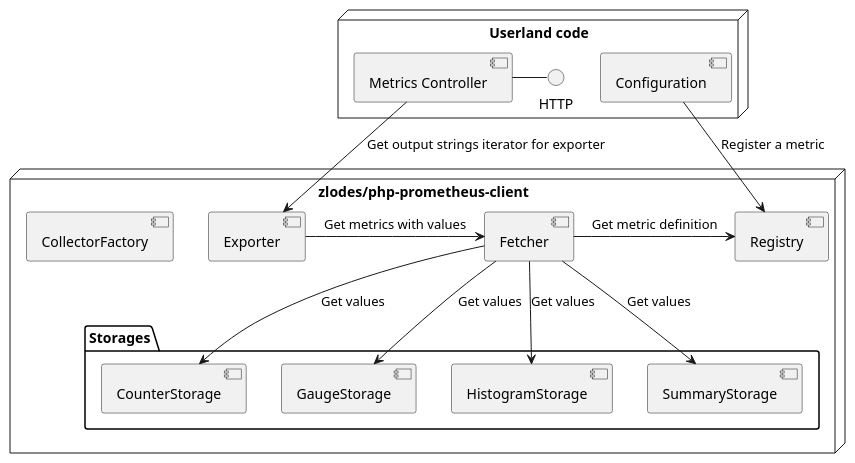
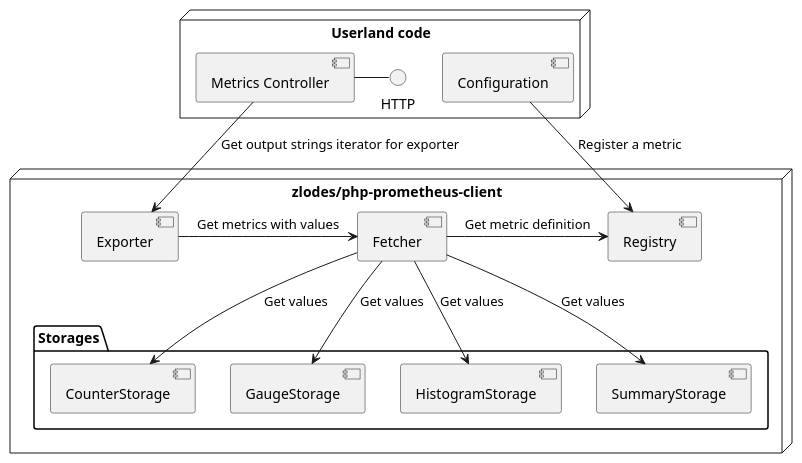
One commit to zlodes/php-prometheus-client changed the diagram in docs/export.puml. Above: the diagram before and after it, drawn with PlantUML. The commit also changed 3 other files, not shown here.

Commit message:
docs(readme): Complete readme flow

```diff
--- a/docs/export.puml
+++ b/docs/export.puml
@@ -1,34 +1,33 @@
 @startuml
 'https://plantuml.com/component-diagram
 
 node "Userland code" {
   HTTP - [Metrics Controller]
 
   [Configuration]
 }
 
 node "zlodes/php-prometheus-client" {
     [Fetcher]
     [Exporter]
     [Registry]
-    [CollectorFactory]
 
     package "Storages" {
         [CounterStorage]
         [GaugeStorage]
         [HistogramStorage]
         [SummaryStorage]
     }
 }
 
 [Metrics Controller] --> [Exporter]: Get output strings iterator for exporter
 [Exporter] -> [Fetcher]: Get metrics with values
 [Fetcher] -> [Registry]: Get metric definition
 [Fetcher] --> [CounterStorage]: Get values
 [Fetcher] --> [GaugeStorage]: Get values
 [Fetcher] --> [HistogramStorage]: Get values
 [Fetcher] --> [SummaryStorage]: Get values
 
 [Configuration] --> [Registry]: Register a metric
 
 @enduml
```
